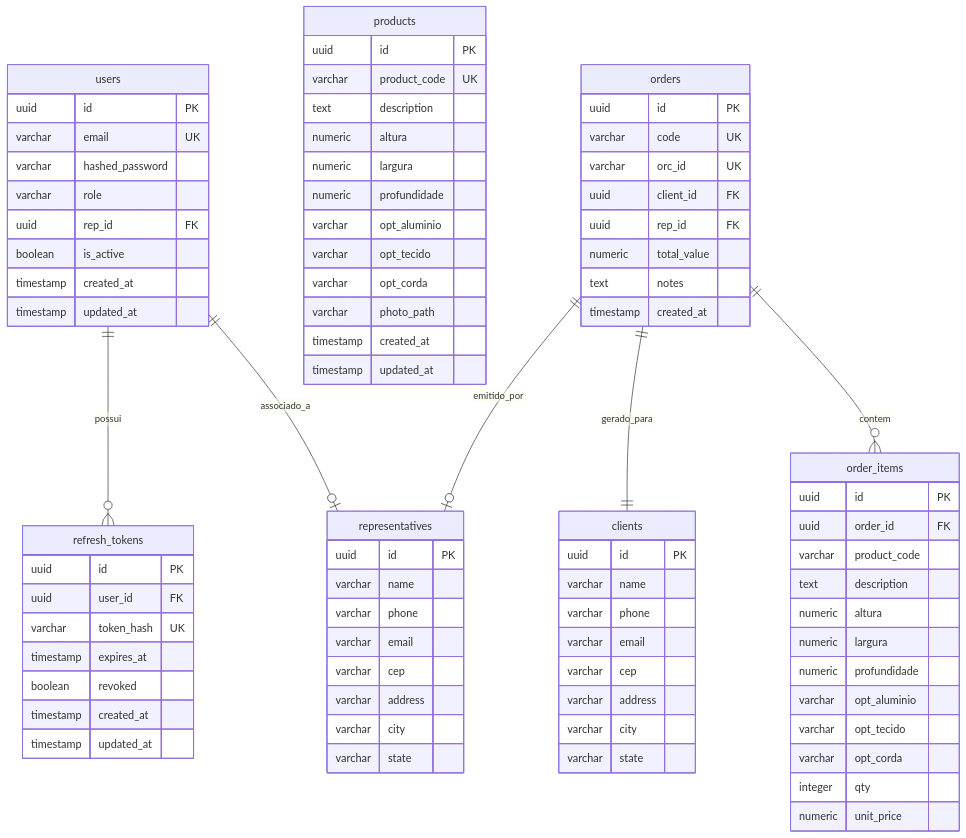
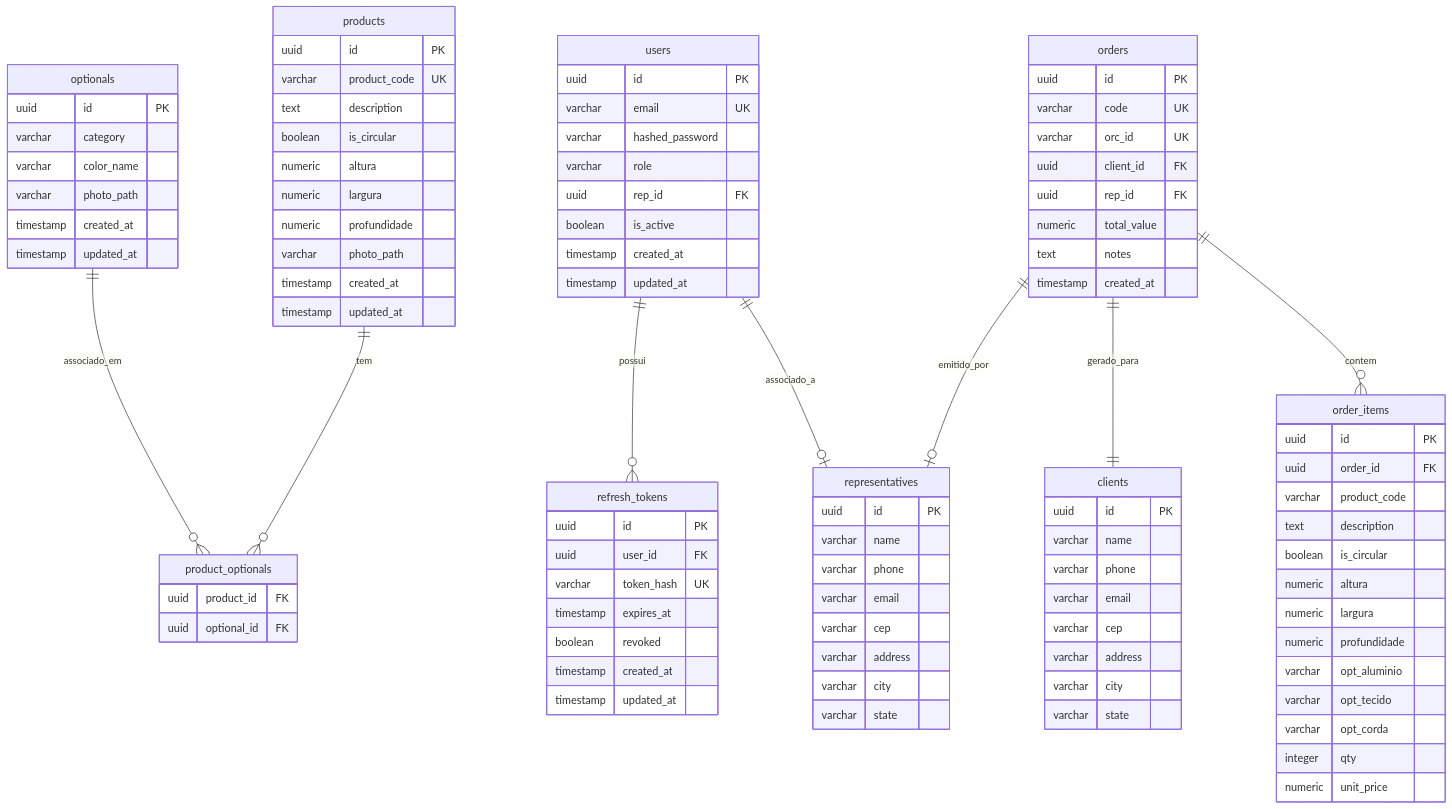
Before and after one commit to KaioAssis225/Ilya-: the diagram in README.md, drawn with Mermaid. The commit also changed other lines of this file and 30 other files, not shown here.

````diff
--- a/README.md
+++ b/README.md
@@ -99,16 +102,26 @@
         timestamp created_at
         timestamp updated_at
     }
+    optionals {
+        uuid id PK
+        varchar category
+        varchar color_name
+        varchar photo_path
+        timestamp created_at
+        timestamp updated_at
+    }
+    product_optionals {
+        uuid product_id FK
+        uuid optional_id FK
+    }
     products {
         uuid id PK
         varchar product_code UK
         text description
+        boolean is_circular
         numeric altura
         numeric largura
         numeric profundidade
-        varchar opt_aluminio
-        varchar opt_tecido
-        varchar opt_corda
         varchar photo_path
         timestamp created_at
         timestamp updated_at
@@ -148,6 +161,7 @@
         uuid order_id FK
         varchar product_code
         text description
+        boolean is_circular
         numeric altura
         numeric largura
         numeric profundidade
@@ -163,4 +177,6 @@
     orders ||--o{ order_items : "contem"
     orders ||--|| clients : "gerado_para"
     orders ||--o| representatives : "emitido_por"
+    products ||--o{ product_optionals : "tem"
+    optionals ||--o{ product_optionals : "associado_em"
 ```
````
